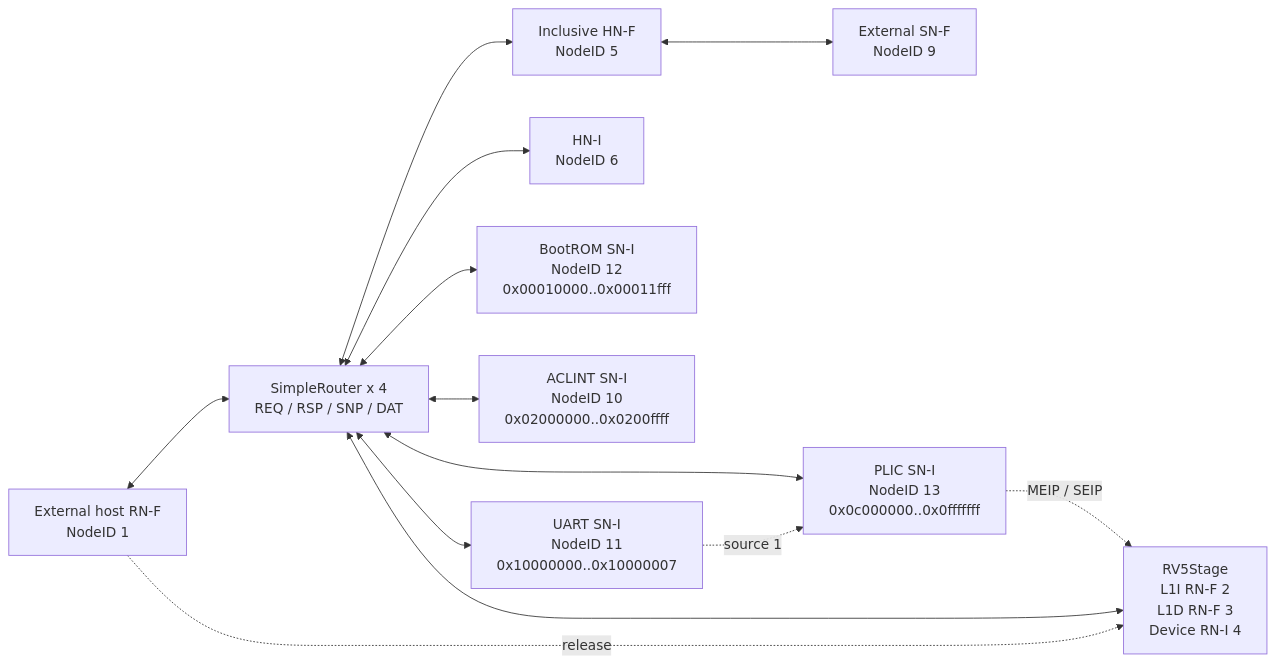
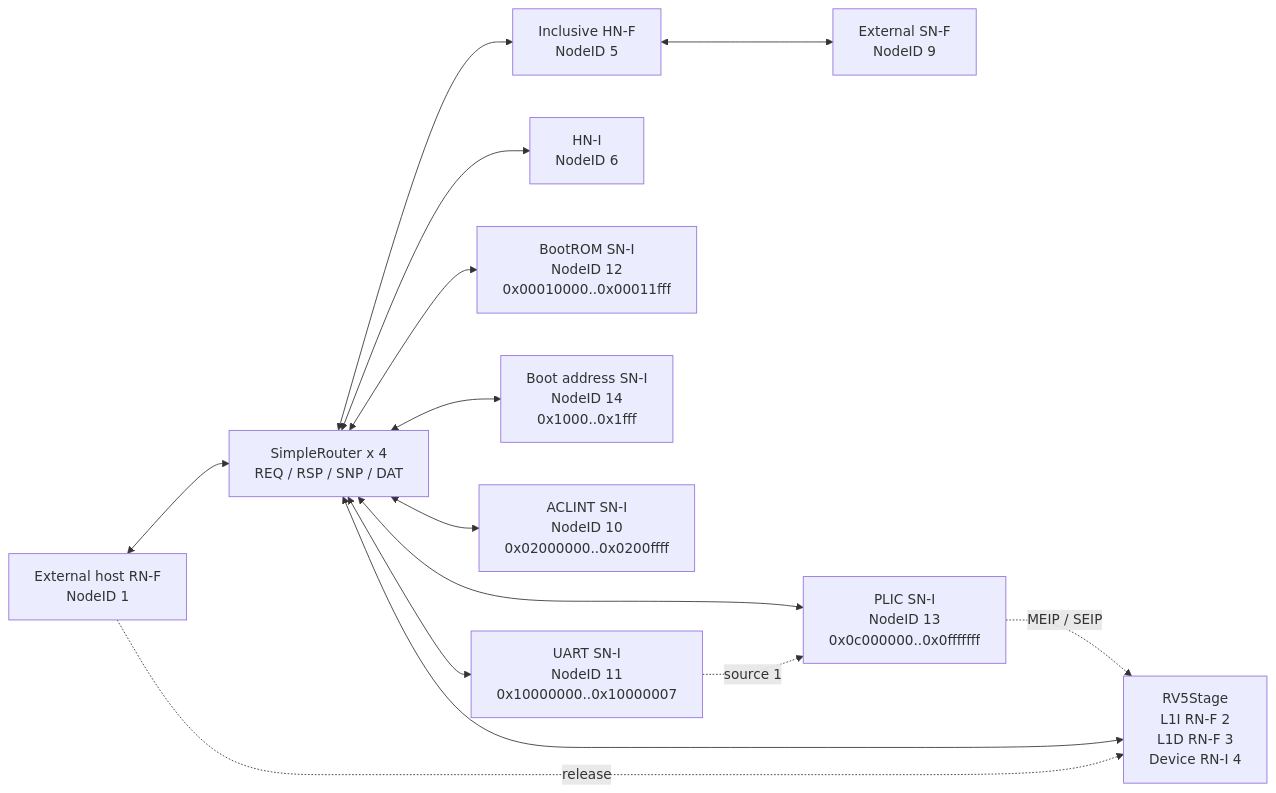
Before and after one commit to jerryz123/rhodium: the first of 2 diagrams in socs/README.md, drawn with Mermaid. The commit also changed other lines of this file and 28 other files, not shown here.

````diff
--- a/socs/README.md
+++ b/socs/README.md
@@ -132,26 +147,28 @@
 ```mermaid
 flowchart LR
   Host["External host RN-F<br/>NodeID 1"]
   Core["RV5Stage<br/>L1I RN-F 2<br/>L1D RN-F 3<br/>Device RN-I 4"]
   Fabric["SimpleRouter x 4<br/>REQ / RSP / SNP / DAT"]
   MemoryHome["Inclusive HN-F<br/>NodeID 5"]
   ExternalMemory["External SN-F<br/>NodeID 9"]
   DeviceHome["HN-I<br/>NodeID 6"]
+  BootAddress["Boot address SN-I<br/>NodeID 14<br/>0x1000..0x1fff"]
   BootROM["BootROM SN-I<br/>NodeID 12<br/>0x00010000..0x00011fff"]
   ACLINT["ACLINT SN-I<br/>NodeID 10<br/>0x02000000..0x0200ffff"]
   PLIC["PLIC SN-I<br/>NodeID 13<br/>0x0c000000..0x0fffffff"]
   UART["UART SN-I<br/>NodeID 11<br/>0x10000000..0x10000007"]
 
   Host <--> Fabric
   Core <--> Fabric
   Fabric <--> MemoryHome
   MemoryHome <--> ExternalMemory
   Fabric <--> DeviceHome
   Fabric <--> BootROM
+  Fabric <--> BootAddress
   Fabric <--> ACLINT
   Fabric <--> PLIC
   Fabric <--> UART
   UART -. source 1 .-> PLIC
   PLIC -. MEIP / SEIP .-> Core
   Host -. release .-> Core
 ```
````
